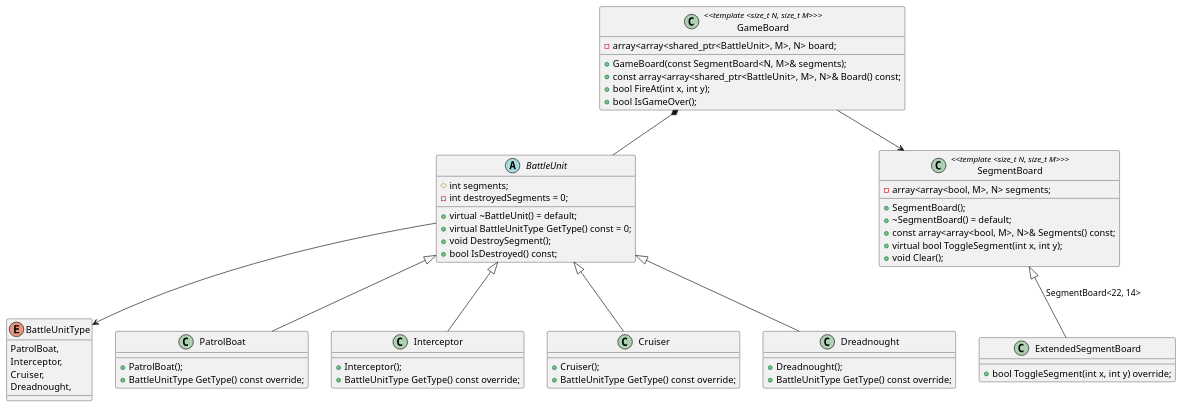
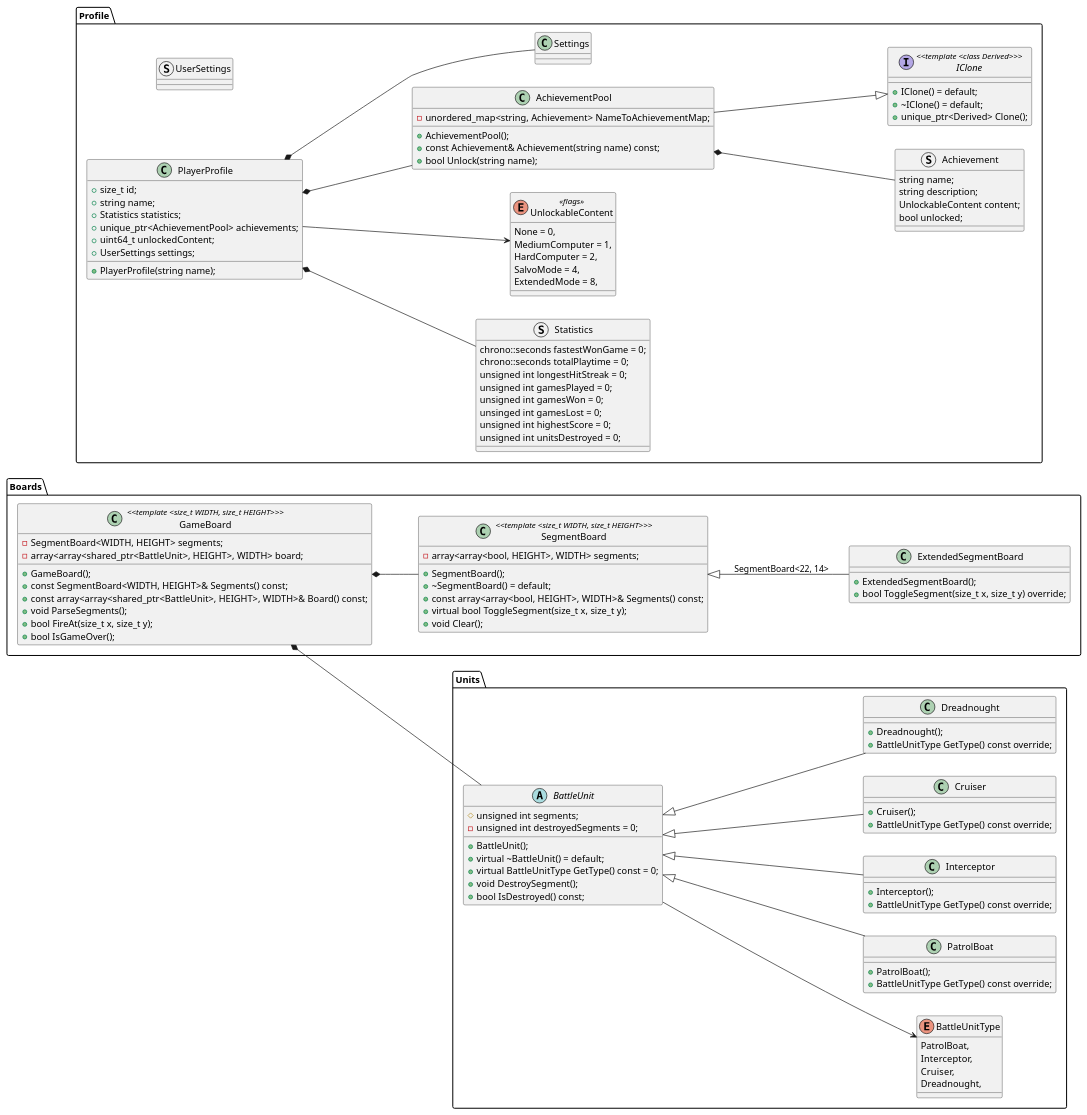
Before and after one commit to ZTPain/W.O.D.A.: the diagram in docs/diagrams/uml-diagram.puml, drawn with PlantUML.

Commit message:
Add player profile and package separation

```diff
--- a/docs/diagrams/uml-diagram.puml
+++ b/docs/diagrams/uml-diagram.puml
@@ -1,81 +1,163 @@
 @startuml woda-uml
+left to right direction
 
-enum BattleUnitType {
-    PatrolBoat,
-    Interceptor,
-    Cruiser,
-    Dreadnought,
+package Units {
+    enum BattleUnitType {
+        PatrolBoat,
+        Interceptor,
+        Cruiser,
+        Dreadnought,
+    }
+
+    abstract class BattleUnit {
+        # unsigned int segments;
+        - unsigned int destroyedSegments = 0;
+
+        + BattleUnit();
+        + virtual ~BattleUnit() = default;
+        + virtual BattleUnitType GetType() const = 0;
+        + void DestroySegment();
+        + bool IsDestroyed() const;
+    }
+
+    ' Size: 1
+    class PatrolBoat {
+        + PatrolBoat();
+        + BattleUnitType GetType() const override;
+    }
+
+    ' Size: 2 
+    class Interceptor {
+        + Interceptor();
+        + BattleUnitType GetType() const override;
+    }
+
+    ' Size: 3
+    class Cruiser {
+        + Cruiser();
+        + BattleUnitType GetType() const override;
+    }
+
+    ' Size: 4
+    class Dreadnought {
+        + Dreadnought();
+        + BattleUnitType GetType() const override;
+    }
+
+    BattleUnit --> BattleUnitType
+
+    BattleUnit <|-- PatrolBoat
+    BattleUnit <|-- Interceptor
+    BattleUnit <|-- Cruiser
+    BattleUnit <|-- Dreadnought
 }
 
-abstract class BattleUnit {
-    # int segments;
-    - int destroyedSegments = 0;
+package Boards {
+    class SegmentBoard <<template <size_t WIDTH, size_t HEIGHT>>> {
+        - array<array<bool, HEIGHT>, WIDTH> segments;
 
-    + virtual ~BattleUnit() = default;
-    + virtual BattleUnitType GetType() const = 0;
-    + void DestroySegment();
-    + bool IsDestroyed() const;
+        + SegmentBoard();
+        + ~SegmentBoard() = default;
+        + const array<array<bool, HEIGHT>, WIDTH>& Segments() const;
+        + virtual bool ToggleSegment(size_t x, size_t y);
+        + void Clear();
+    }
+
+    ' using StandardSegmentBoard = SegmentBoard<10, 10>;
+
+    class ExtendedSegmentBoard {
+        + ExtendedSegmentBoard();
+        + bool ToggleSegment(size_t x, size_t y) override;
+    }
+
+    SegmentBoard <|-- ExtendedSegmentBoard : SegmentBoard<22, 14>
+
+    ' TODO: Implements Object Pool design pattern
+    class GameBoard <<template <size_t WIDTH, size_t HEIGHT>>> {
+        - SegmentBoard<WIDTH, HEIGHT> segments;
+        - array<array<shared_ptr<BattleUnit>, HEIGHT>, WIDTH> board;
+
+        + GameBoard();
+        + const SegmentBoard<WIDTH, HEIGHT>& Segments() const;
+        + const array<array<shared_ptr<BattleUnit>, HEIGHT>, WIDTH>& Board() const;
+        + void ParseSegments();
+        + bool FireAt(size_t x, size_t y);
+        + bool IsGameOver();
+    }
+
+    ' using StandardGameBoard = GameBoard<10, 10>;
+    ' using ExtendedGameBoard = GameBoard<22, 14>;
+
+    GameBoard *-- BattleUnit
+    GameBoard *-- SegmentBoard
 }
 
-class PatrolBoat {
-    + PatrolBoat();
-    + BattleUnitType GetType() const override;
+package Profile {
+    struct Statistics {
+        chrono::seconds fastestWonGame = 0;
+        chrono::seconds totalPlaytime = 0;
+        unsigned int longestHitStreak = 0;
+        unsigned int gamesPlayed = 0;
+        unsigned int gamesWon = 0;
+        unsinged int gamesLost = 0;
+        unsigned int highestScore = 0;
+        unsigned int unitsDestroyed = 0;
+    }
+
+    ' TODO: Add more unlocks
+    enum UnlockableContent <<flags>> {
+        None = 0,
+        MediumComputer = 1,
+        HardComputer = 2,
+        SalvoMode = 4,
+        ExtendedMode = 8,
+    }
+
+    struct Achievement {
+        string name;
+        string description;
+        UnlockableContent content;
+        bool unlocked;
+    }
+
+    ' Look up CRTP for Clone() implementation
+    interface IClone <<template <class Derived>>> {
+        + IClone() = default;
+        + ~IClone() = default;
+        + unique_ptr<Derived> Clone();
+    }
+
+    ' Implements Prototype design pattern
+    class AchievementPool {
+        - unordered_map<string, Achievement> NameToAchievementMap;
+
+        + AchievementPool();
+        + const Achievement& Achievement(string name) const;
+        + bool Unlock(string name);
+    }
+
+    AchievementPool --|> IClone
+    AchievementPool *-- Achievement
+
+    struct UserSettings {
+
+    }
+
+    class PlayerProfile {
+        + size_t id;
+        + string name;
+        + Statistics statistics;
+        + unique_ptr<AchievementPool> achievements;
+        + uint64_t unlockedContent;
+        + UserSettings settings;
+
+        + PlayerProfile(string name);
+    }
+
+    PlayerProfile *-- Statistics
+    PlayerProfile *-- AchievementPool
+    PlayerProfile --> UnlockableContent
+    PlayerProfile *-- Settings
 }
 
-class Interceptor {
-    + Interceptor();
-    + BattleUnitType GetType() const override;
-}
-
-class Cruiser {
-    + Cruiser();
-    + BattleUnitType GetType() const override;
-}
-
-class Dreadnought {
-    + Dreadnought();
-    + BattleUnitType GetType() const override;
-}
-
-BattleUnit --> BattleUnitType
-
-BattleUnit <|-- PatrolBoat
-BattleUnit <|-- Interceptor
-BattleUnit <|-- Cruiser
-BattleUnit <|-- Dreadnought
-
-class SegmentBoard <<template <size_t N, size_t M>>> {
-    - array<array<bool, M>, N> segments;
-
-    + SegmentBoard();
-    + ~SegmentBoard() = default;
-    + const array<array<bool, M>, N>& Segments() const;
-    + virtual bool ToggleSegment(int x, int y);
-    + void Clear();
-}
-
-' using StandardSegmentBoard = SegmentBoard<10, 10>;
-
-class ExtendedSegmentBoard {
-    + bool ToggleSegment(int x, int y) override;
-}
-
-SegmentBoard <|-- ExtendedSegmentBoard : SegmentBoard<22, 14>
-
-' TODO: Implements Object Pool
-class GameBoard <<template <size_t N, size_t M>>> {
-    - array<array<shared_ptr<BattleUnit>, M>, N> board;
-
-    + GameBoard(const SegmentBoard<N, M>& segments);
-    + const array<array<shared_ptr<BattleUnit>, M>, N>& Board() const;
-    + bool FireAt(int x, int y);
-    + bool IsGameOver();
-}
-
-' using StandardGameBoard = GameBoard<10, 10>;
-' using ExtendedGameBoard = GameBoard<22, 14>;
-
-GameBoard *-- BattleUnit
-GameBoard --> SegmentBoard
-
 @enduml
```
